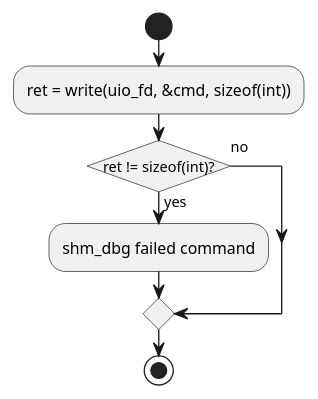
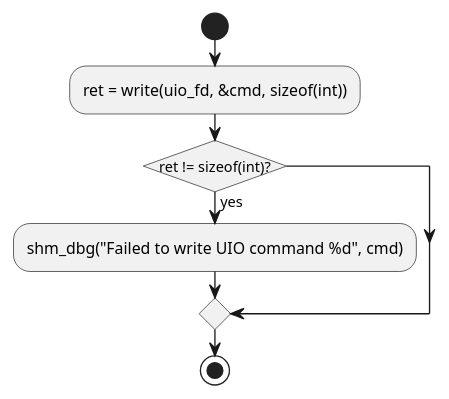
One commit to Mastang1/sad_sdd_proj changed the diagram in c1_sdd_linux-ipcs/cursor_tmp/flow_umls/linux_6_4_10_ipcsSendUioCmd.puml. Above: the diagram before and after it, drawn with PlantUML. The commit also changed 136 other files, not shown here.

```diff
--- a/c1_sdd_linux-ipcs/cursor_tmp/flow_umls/linux_6_4_10_ipcsSendUioCmd.puml
+++ b/c1_sdd_linux-ipcs/cursor_tmp/flow_umls/linux_6_4_10_ipcsSendUioCmd.puml
@@ -1,12 +1,11 @@
 @startuml
 !pragma layout smetana
 skinparam conditionStyle insideDiamond
 skinparam linetype ortho
 start
 :ret = write(uio_fd, &cmd, sizeof(int));
 if (ret != sizeof(int)?) then (yes)
-  :shm_dbg failed command;
-else (no)
+  :shm_dbg("Failed to write UIO command %d", cmd);
 endif
 stop
 @enduml
```
